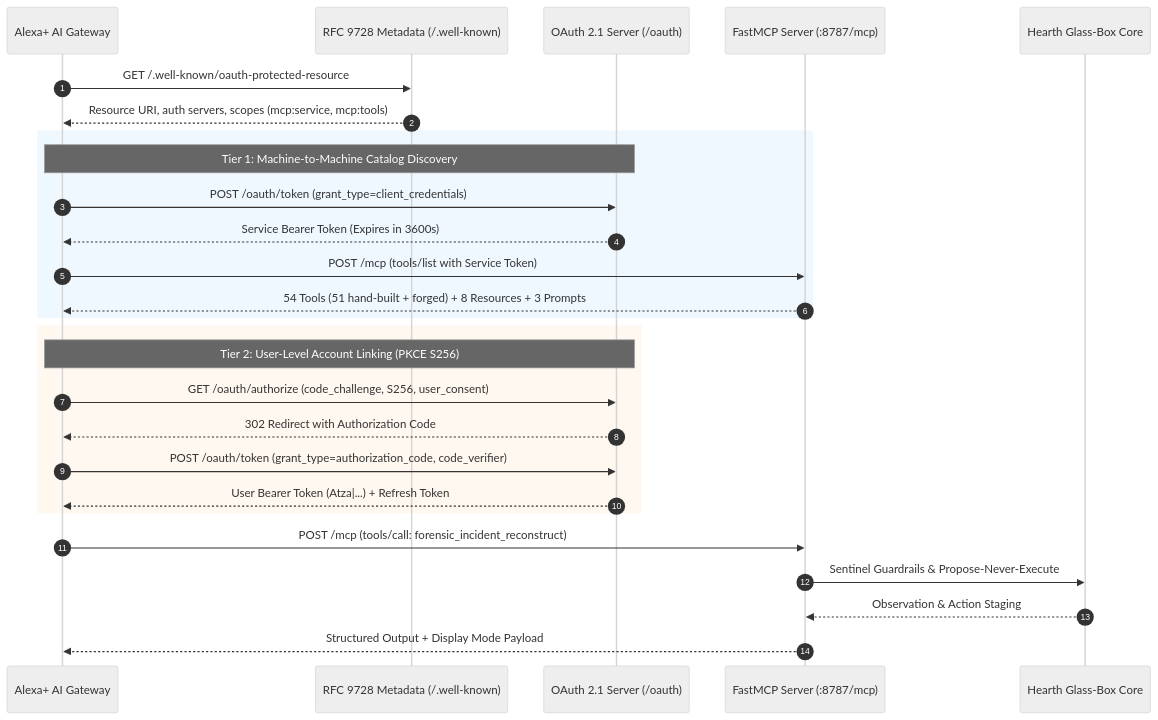
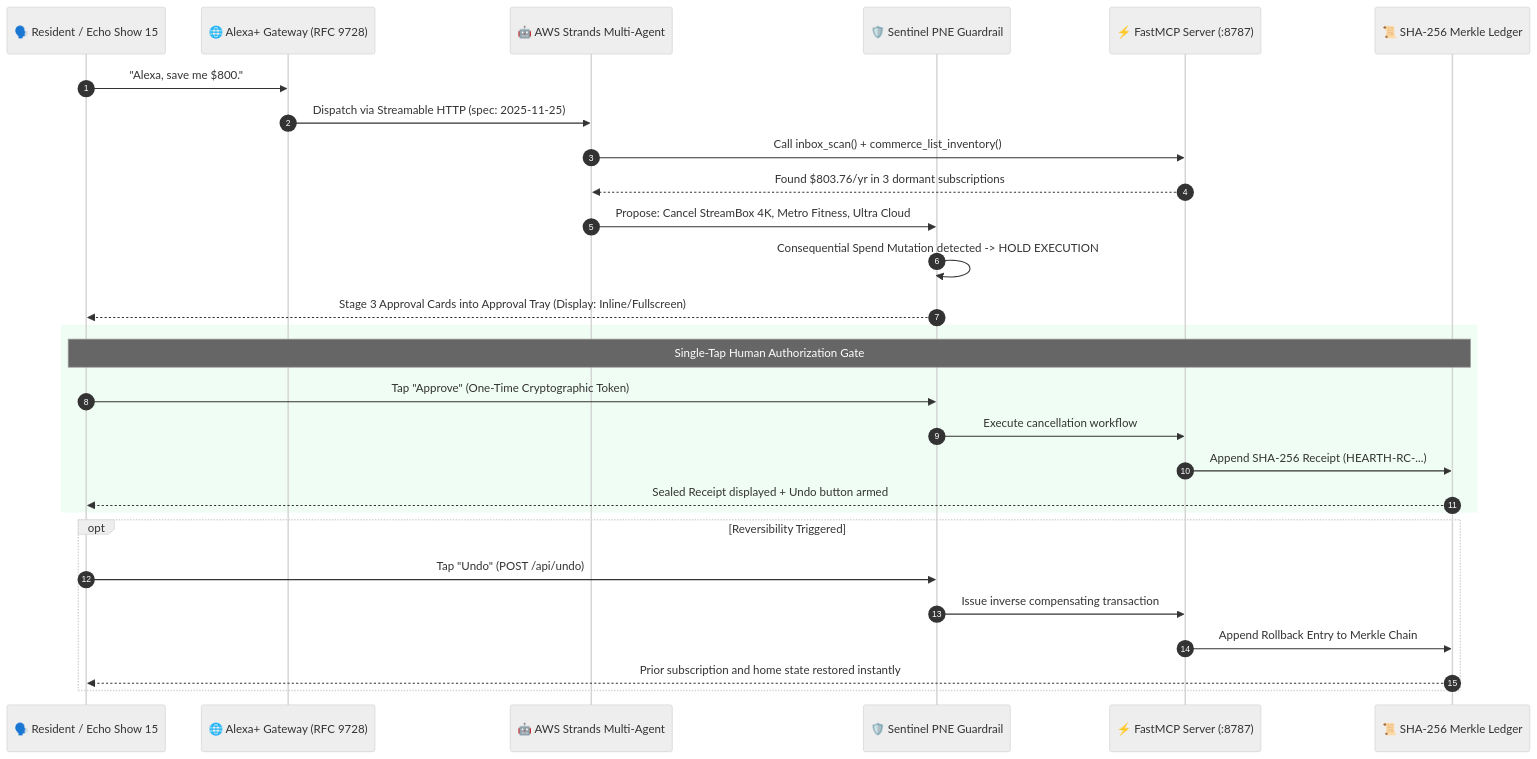
One commit to krishivjoshi219-collab/Hearth-Universal changed the diagram in README.md. Above: the diagram before and after it, drawn with Mermaid (neutral theme). The commit also changed other lines of this file, not shown here.

Commit message:
docs: complete god-tier overhaul of README.md with 362 tests, servant positioning, balance sheet, and master film showcase

````diff
--- a/README.md
+++ b/README.md
@@ -308,33 +189,33 @@
 ```mermaid
 sequenceDiagram
     autonumber
-    participant Alexa as Alexa+ AI Gateway
-    participant PRM as RFC 9728 Metadata (/.well-known)
-    participant OAuth as OAuth 2.1 Server (/oauth)
-    participant MCP as FastMCP Server (:8787/mcp)
-    participant Hearth as Hearth Glass-Box Core
+    participant Resident as 🗣️ Resident / Echo Show 15
+    participant Gateway as 🌐 Alexa+ Gateway (RFC 9728)
+    participant Strands as 🤖 AWS Strands Multi-Agent
+    participant Sentinel as 🛡️ Sentinel PNE Guardrail
+    participant MCP as ⚡ FastMCP Server (:8787)
+    participant Ledger as 📜 SHA-256 Merkle Ledger
 
-    Alexa->>PRM: GET /.well-known/oauth-protected-resource
-    PRM-->>Alexa: Resource URI, auth servers, scopes (mcp:service, mcp:tools)
+    Resident->>Gateway: "Alexa, save me $800."
+    Gateway->>Strands: Dispatch via Streamable HTTP (spec: 2025-11-25)
+    Strands->>MCP: Call inbox_scan() + commerce_list_inventory()
+    MCP-->>Strands: Found $803.76/yr in 3 dormant subscriptions
+    Strands->>Sentinel: Propose: Cancel StreamBox 4K, Metro Fitness, Ultra Cloud
+    Sentinel->>Sentinel: Consequential Spend Mutation detected -> HOLD EXECUTION
+    Sentinel-->>Resident: Stage 3 Approval Cards into Approval Tray (Display: Inline/Fullscreen)
     
-    rect rgb(240, 248, 255)
-    Note over Alexa,OAuth: Tier 1: Machine-to-Machine Catalog Discovery
-    Alexa->>OAuth: POST /oauth/token (grant_type=client_credentials)
-    OAuth-->>Alexa: Service Bearer Token (Expires in 3600s)
-    Alexa->>MCP: POST /mcp (tools/list with Service Token)
-    MCP-->>Alexa: 54 Tools (51 hand-built + forged) + 8 Resources + 3 Prompts
+    rect rgb(240, 253, 244)
+    Note over Resident,Ledger: Single-Tap Human Authorization Gate
+    Resident->>Sentinel: Tap "Approve" (One-Time Cryptographic Token)
+    Sentinel->>MCP: Execute cancellation workflow
+    MCP->>Ledger: Append SHA-256 Receipt (HEARTH-RC-...)
+    Ledger-->>Resident: Sealed Receipt displayed + Undo button armed
     end
 
-    rect rgb(255, 248, 240)
-    Note over Alexa,OAuth: Tier 2: User-Level Account Linking (PKCE S256)
-    Alexa->>OAuth: GET /oauth/authorize (code_challenge, S256, user_consent)
-    OAuth-->>Alexa: 302 Redirect with Authorization Code
-    Alexa->>OAuth: POST /oauth/token (grant_type=authorization_code, code_verifier)
-    OAuth-->>Alexa: User Bearer Token (Atza|...) + Refresh Token
+    opt Reversibility Triggered
+    Resident->>Sentinel: Tap "Undo" (POST /api/undo)
+    Sentinel->>MCP: Issue inverse compensating transaction
+    MCP->>Ledger: Append Rollback Entry to Merkle Chain
+    Ledger-->>Resident: Prior subscription and home state restored instantly
     end
-
-    Alexa->>MCP: POST /mcp (tools/call: forensic_incident_reconstruct)
-    MCP->>Hearth: Sentinel Guardrails & Propose-Never-Execute
-    Hearth-->>MCP: Observation & Action Staging
-    MCP-->>Alexa: Structured Output + Display Mode Payload
 ```
````
